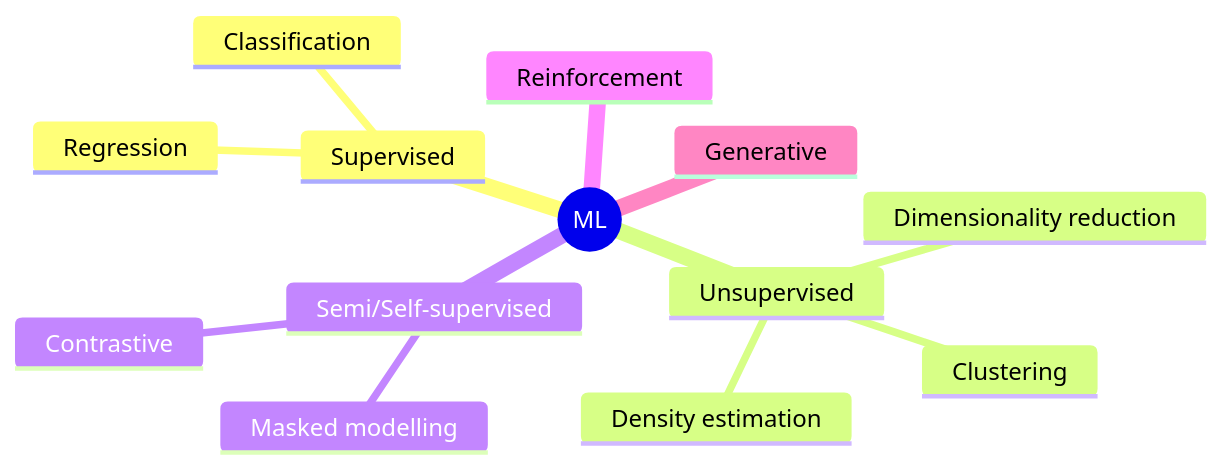
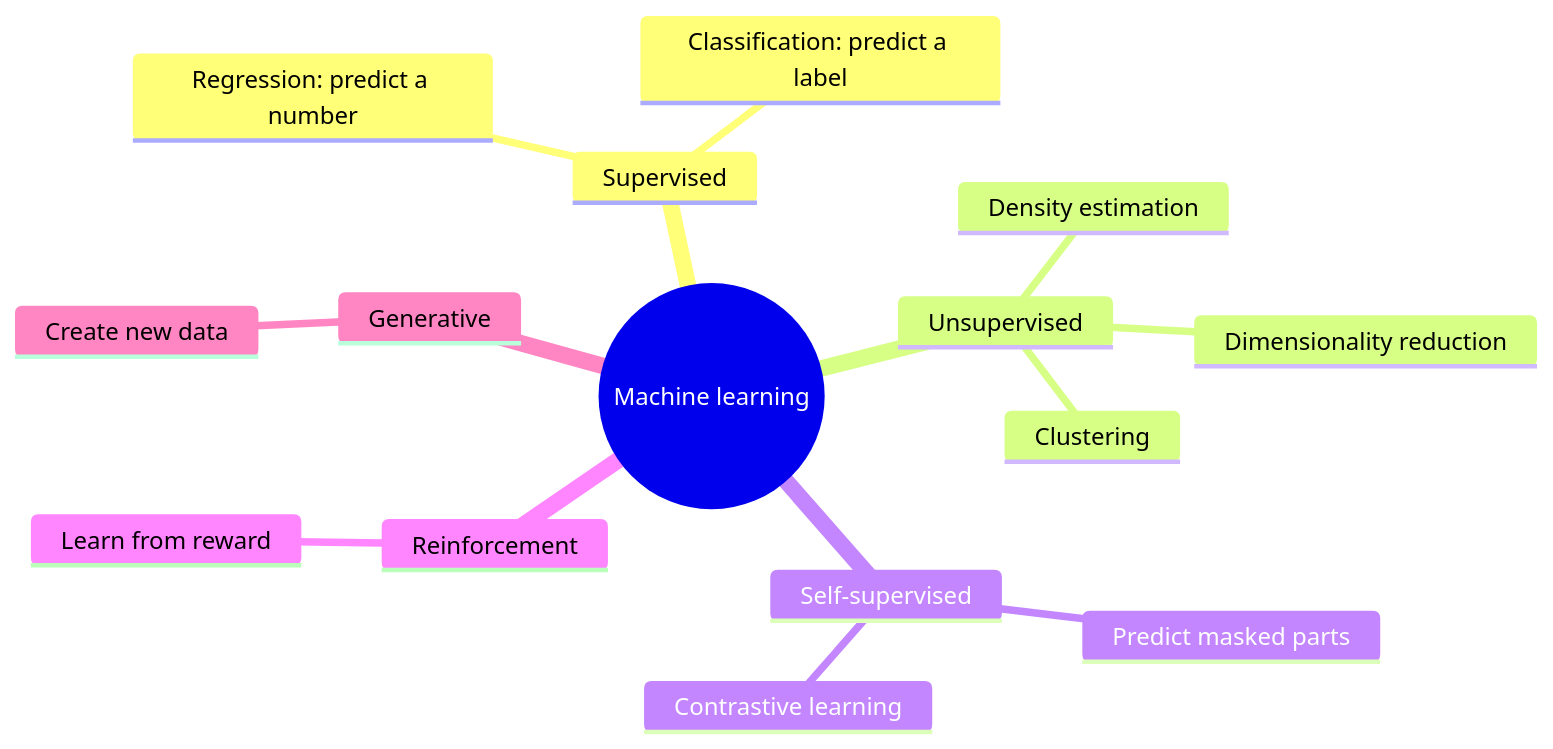
Before and after one commit to yeshwanthguru/Robotics_bible: the diagram in docs/02-machine-learning/ml-fundamentals.md, drawn with Mermaid. The commit also changed other lines of this file and 120 other files, not shown here.

First line of the commit message:
Rewrite all chapters plain-English first, add 60+ diagrams

````diff
--- a/docs/02-machine-learning/ml-fundamentals.md
+++ b/docs/02-machine-learning/ml-fundamentals.md
@@ -9,16 +15,18 @@
 ```mermaid
 mindmap
-  root((ML))
+  root((Machine learning))
     Supervised
-      Regression
-      Classification
+      Regression: predict a number
+      Classification: predict a label
     Unsupervised
       Clustering
       Dimensionality reduction
       Density estimation
-    Semi/Self-supervised
-      Contrastive
-      Masked modelling
+    Self-supervised
+      Predict masked parts
+      Contrastive learning
     Reinforcement
+      Learn from reward
     Generative
+      Create new data
 ```
````
